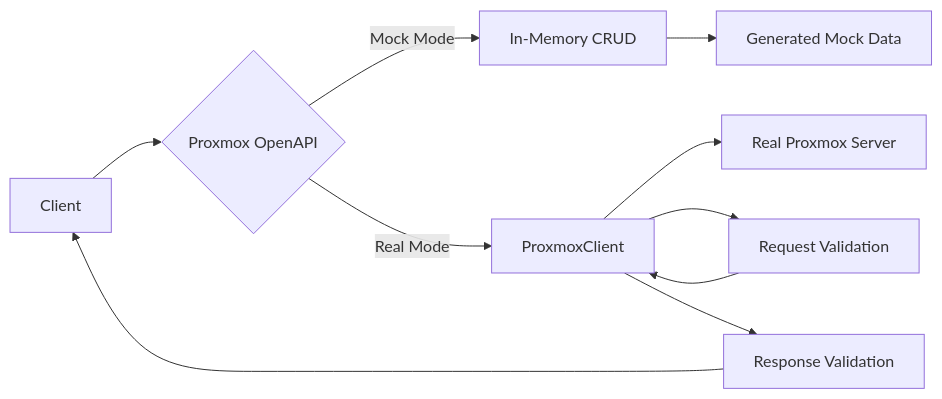
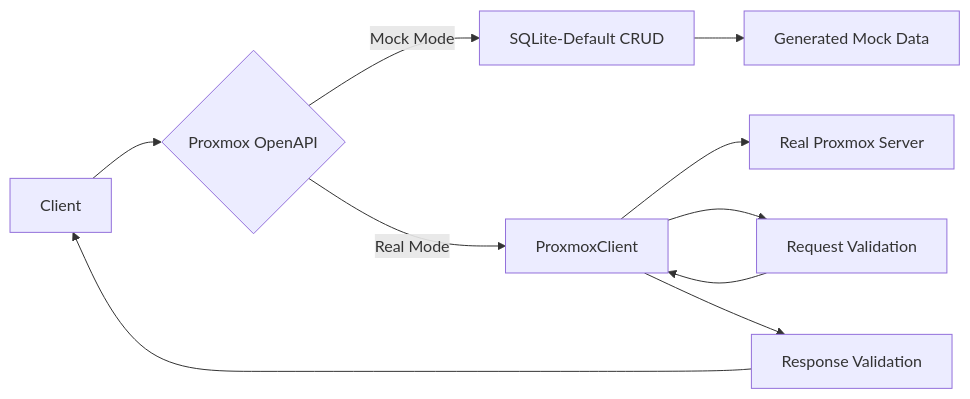
Before and after one commit to emersonfelipesp/proxmox-sdk: the diagram in docs/index.md, drawn with Mermaid. The commit also changed other lines of this file and 13 other files, not shown here.

````diff
--- a/docs/index.md
+++ b/docs/index.md
@@ -111,12 +111,12 @@
 ```mermaid
 graph LR
     A[Client] --> B{Proxmox OpenAPI}
-    B -->|Mock Mode| C[In-Memory CRUD]
+    B -->|Mock Mode| C[SQLite-Default CRUD]
     B -->|Real Mode| D[ProxmoxClient]
     D --> E[Real Proxmox Server]
     C --> F[Generated Mock Data]
     D --> G[Request Validation]
     G --> D
     D --> H[Response Validation]
     H --> A
 ```
````
